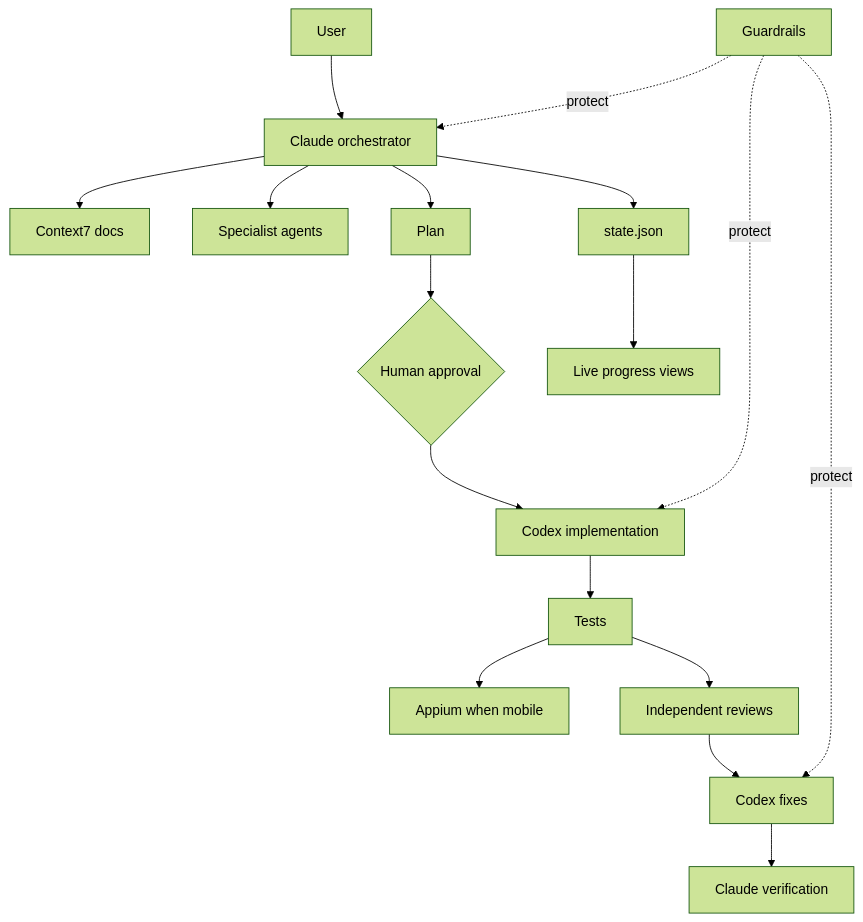
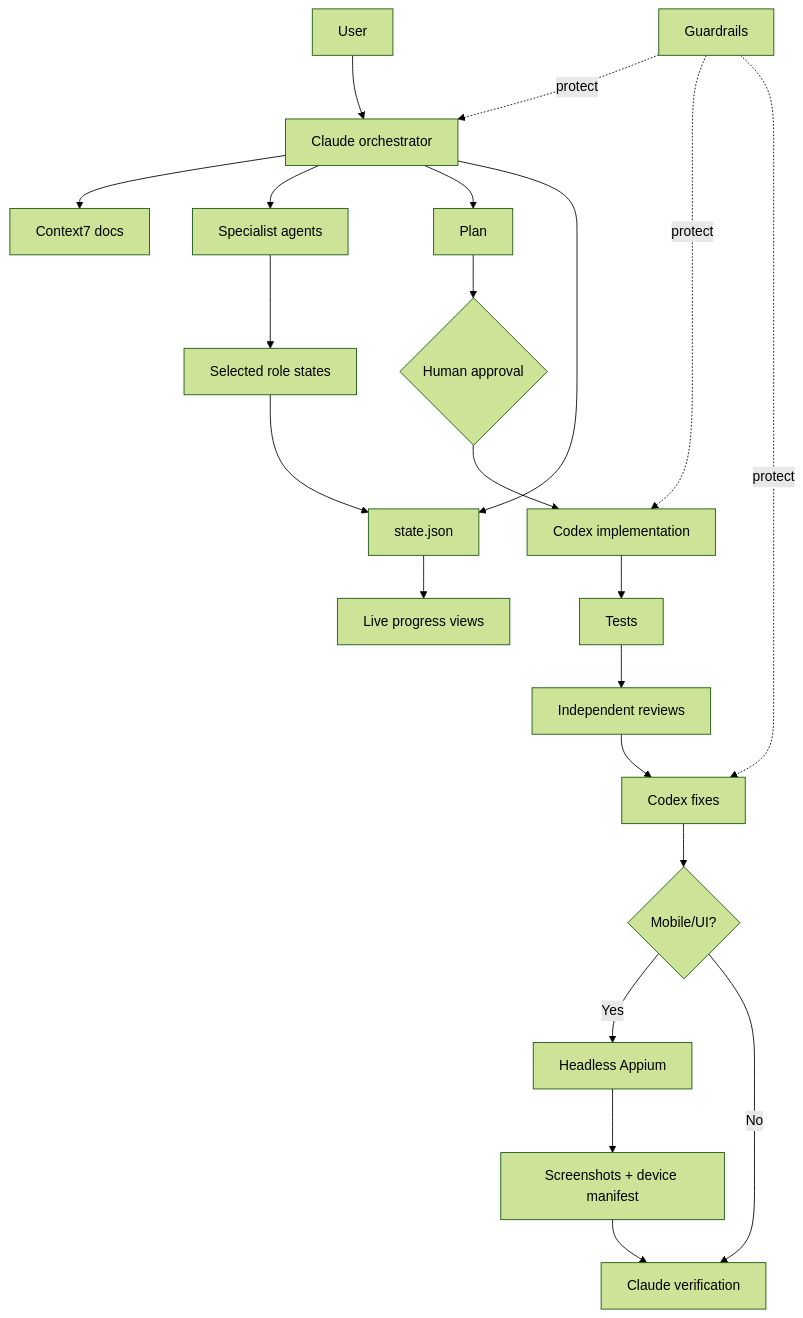
One commit to mohamedma872/ai-agent-workflow-kit changed the third of 3 diagrams in README.md. Above: the diagram before and after it, drawn with Mermaid (forest theme). The commit also changed other lines of this file and 9 other files, not shown here.

````diff
--- a/README.md
+++ b/README.md
@@ -484,25 +546,31 @@
 ```mermaid
 flowchart TB
     U[User] --> C[Claude orchestrator]
 
     C --> D[Context7 docs]
     C --> S[Specialist agents]
     C --> P[Plan]
 
+    S --> RS[Selected role states]
+    RS --> ST[state.json]
+
     P --> H{Human approval}
     H --> X[Codex implementation]
 
     X --> T[Tests]
-    T --> A[Appium when mobile]
     T --> R[Independent reviews]
+    R --> F[Codex fixes]
 
-    R --> F[Codex fixes]
-    F --> V[Claude verification]
+    F --> M{Mobile/UI?}
+    M -->|Yes| A[Headless Appium]
+    A --> SS[Screenshots + device manifest]
+    SS --> V[Claude verification]
+    M -->|No| V
 
-    C --> ST[state.json]
+    C --> ST
     ST --> UI[Live progress views]
 
     G[Guardrails] -. protect .-> C
     G -. protect .-> X
     G -. protect .-> F
 ```
````
